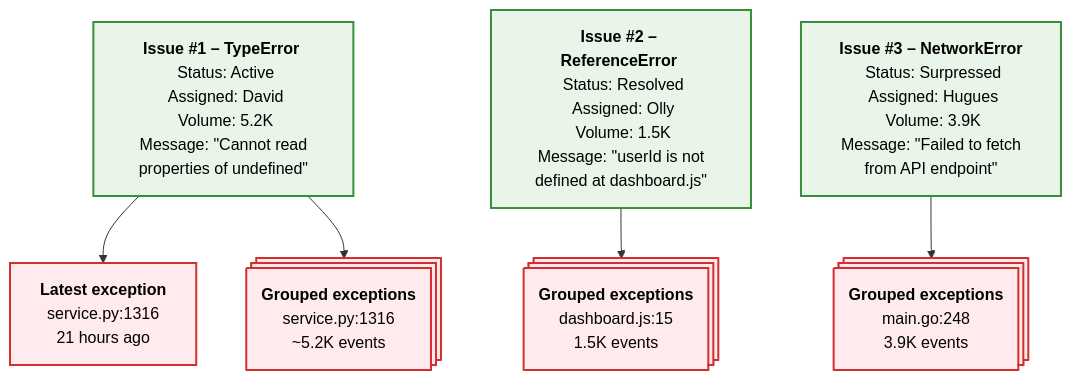
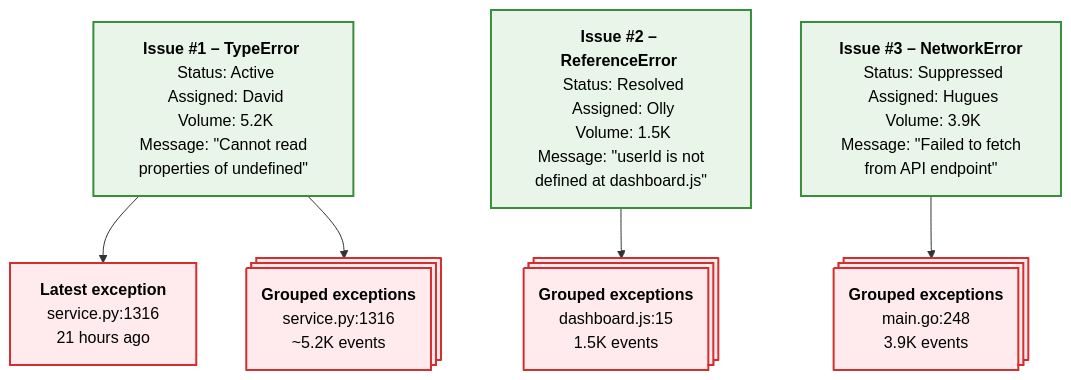
One commit to PostHog/posthog.com changed the first of 2 diagrams in contents/docs/error-tracking/issues-and-exceptions.mdx. Above: the diagram before and after it, drawn with Mermaid.

````diff
--- a/contents/docs/error-tracking/issues-and-exceptions.mdx
+++ b/contents/docs/error-tracking/issues-and-exceptions.mdx
@@ -60,29 +60,29 @@
 ```mermaid
 flowchart TD
 
     I1["<strong>Issue #1 – TypeError </strong><br/> Status: Active<br/> Assigned: David<br/> Volume: 5.2K<br/> Message: #quot;Cannot read properties of undefined#quot;"]
 
     I2["<strong>Issue #2 – ReferenceError </strong><br/> Status: Resolved<br/> Assigned: Olly<br/> Volume: 1.5K<br/> Message: #quot;userId is not defined at dashboard.js#quot;"]
 
-    I3["<strong>Issue #3 – NetworkError</strong><br/> Status: Surpressed<br/> Assigned: Hugues<br/> Volume: 3.9K<br/> Message: #quot;Failed to fetch from API endpoint#quot;"]
+    I3["<strong>Issue #3 – NetworkError</strong><br/> Status: Suppressed<br/> Assigned: Hugues<br/> Volume: 3.9K<br/> Message: #quot;Failed to fetch from API endpoint#quot;"]
     
     E1["<strong>Latest exception</strong><br/>service.py:1316<br/>21 hours ago"]
 
     E2@{ shape: processes, label: "<strong>Grouped exceptions</strong><br/>service.py:1316<br/>~5.2K events" }
     
     E3@{ shape: processes, label: "<strong>Grouped exceptions</strong><br/>dashboard.js:15<br/>1.5K events" }
 
     E4@{ shape: processes, label: "<strong>Grouped exceptions</strong><br/>main.go:248<br/>3.9K events" }
     
     I1 --> E1
     I1 --> E2
     I2 --> E3
     I3 --> E4
     
     classDef exceptionStyle fill:#ffebee,stroke:#d32f2f,stroke-width:2px,color:#000
     classDef issueStyle fill:#e8f5e8,stroke:#388e3c,stroke-width:2px,color:#000
     
     class E1,E2,E3,E4 exceptionStyle
     class I1,I2,I3 issueStyle
 
 ```
````
